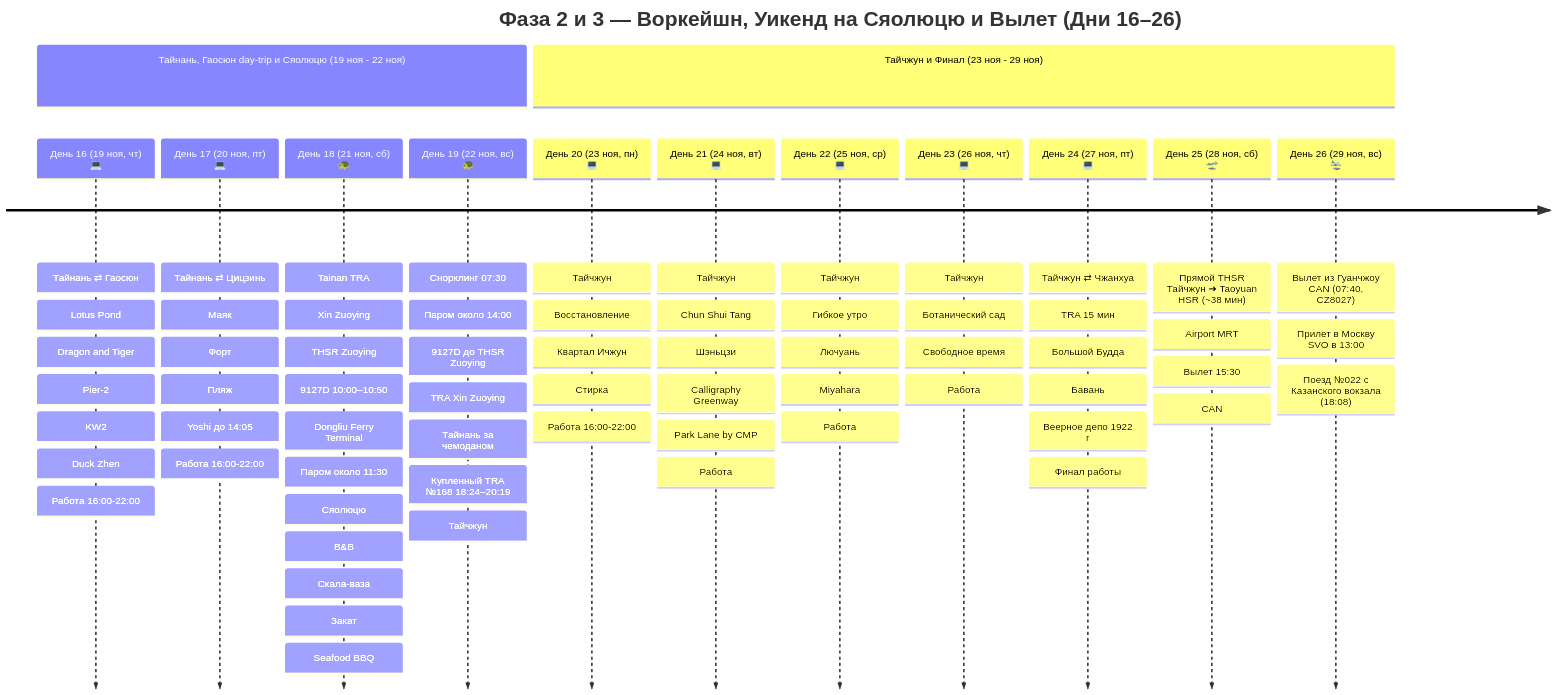
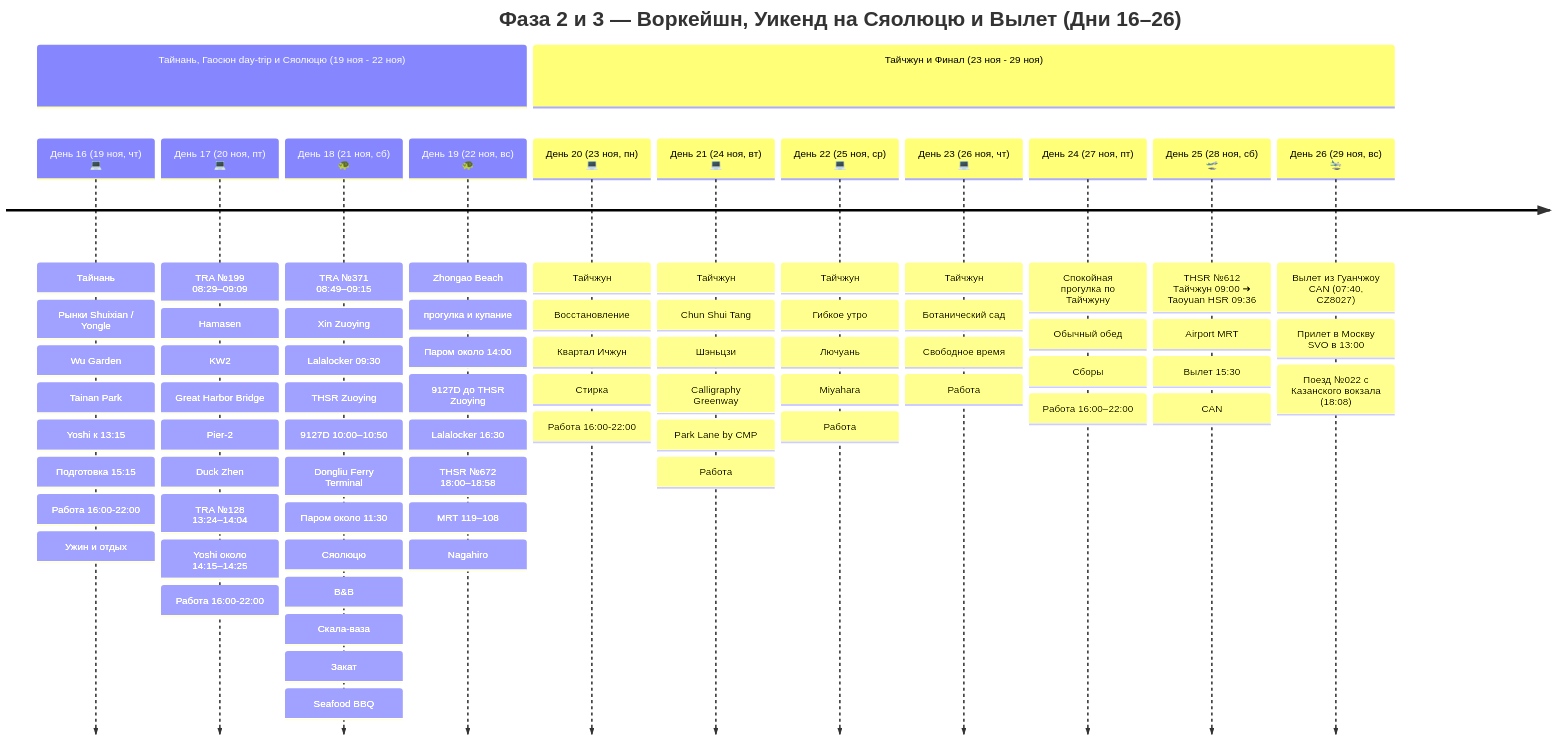
The second of 2 diagrams in Personal Note/Travel/05 Taiwan/Taiwan.md (injurka/obsidian-mark), drawn with Mermaid before and after one commit. The commit also changed other lines of this file and 63 other files, not shown here.

````diff
--- a/Personal Note/Travel/05 Taiwan/Taiwan.md
+++ b/Personal Note/Travel/05 Taiwan/Taiwan.md
@@ -87,17 +87,17 @@
 ```mermaid
 timeline
     title Фаза 2 и 3 — Воркейшн, Уикенд на Сяолюцю и Вылет (Дни 16–26)
     section Тайнань, Гаосюн day-trip и Сяолюцю (19 ноя - 22 ноя)
-        День 16 (19 ноя, чт) 💻 : Тайнань ⇄ Гаосюн : Lotus Pond : Dragon and Tiger : Pier-2 : KW2 : Duck Zhen : Работа 16:00-22:00
-        День 17 (20 ноя, пт) 💻 : Тайнань ⇄ Цицзинь : Маяк : Форт : Пляж : Yoshi до 14:05 : Работа 16:00-22:00
-        День 18 (21 ноя, сб) 🐢 : Tainan TRA : Xin Zuoying : THSR Zuoying : 9127D 10:00–10:50 : Dongliu Ferry Terminal : Паром около 11:30 : Сяолюцю : B&B : Скала-ваза : Закат : Seafood BBQ
-        День 19 (22 ноя, вс) 🐢 : Снорклинг 07:30 : Паром около 14:00 : 9127D до THSR Zuoying : TRA Xin Zuoying : Тайнань за чемоданом : Купленный TRA №168 18:24–20:19 : Тайчжун
+        День 16 (19 ноя, чт) 💻 : Тайнань : Рынки Shuixian / Yongle : Wu Garden : Tainan Park : Yoshi к 13:15 : Подготовка 15:15 : Работа 16:00-22:00 : Ужин и отдых
+        День 17 (20 ноя, пт) 💻 : TRA №199 08:29–09:09 : Hamasen : KW2 : Great Harbor Bridge : Pier-2 : Duck Zhen : TRA №128 13:24–14:04 : Yoshi около 14:15–14:25 : Работа 16:00-22:00
+        День 18 (21 ноя, сб) 🐢 : TRA №371 08:49–09:15 : Xin Zuoying : Lalalocker 09:30 : THSR Zuoying : 9127D 10:00–10:50 : Dongliu Ferry Terminal : Паром около 11:30 : Сяолюцю : B&B : Скала-ваза : Закат : Seafood BBQ
+        День 19 (22 ноя, вс) 🐢 : Zhongao Beach: прогулка и купание : Паром около 14:00 : 9127D до THSR Zuoying : Lalalocker 16:30 : THSR №672 18:00–18:58 : MRT 119–108 : Nagahiro
     section Тайчжун и Финал (23 ноя - 29 ноя)
         День 20 (23 ноя, пн) 💻 : Тайчжун : Восстановление : Квартал Ичжун : Стирка : Работа 16:00-22:00
         День 21 (24 ноя, вт) 💻 : Тайчжун : Chun Shui Tang : Шэньцзи : Calligraphy Greenway : Park Lane by CMP : Работа
         День 22 (25 ноя, ср) 💻 : Тайчжун : Гибкое утро : Лючуань : Miyahara : Работа
         День 23 (26 ноя, чт) 💻 : Тайчжун : Ботанический сад : Свободное время : Работа
-        День 24 (27 ноя, пт) 💻 : Тайчжун ⇄ Чжанхуа : TRA 15 мин : Большой Будда : Бавань : Веерное депо 1922 г : Финал работы
-        День 25 (28 ноя, сб) 🛫 : Прямой THSR Тайчжун ➔ Taoyuan HSR (~38 мин) : Airport MRT : Вылет 15:30 : CAN
+        День 24 (27 ноя, пт) : Спокойная прогулка по Тайчжуну : Обычный обед : Сборы : Работа 16:00–22:00
+        День 25 (28 ноя, сб) 🛫 : THSR №612 Тайчжун 09:00 ➔ Taoyuan HSR 09:36 : Airport MRT : Вылет 15:30 : CAN
         День 26 (29 ноя, вс) 🛬 : Вылет из Гуанчжоу CAN (07:40, CZ8027) : Прилет в Москву SVO в 13:00 : Поезд №022 с Казанского вокзала (18:08)
 ```
````
